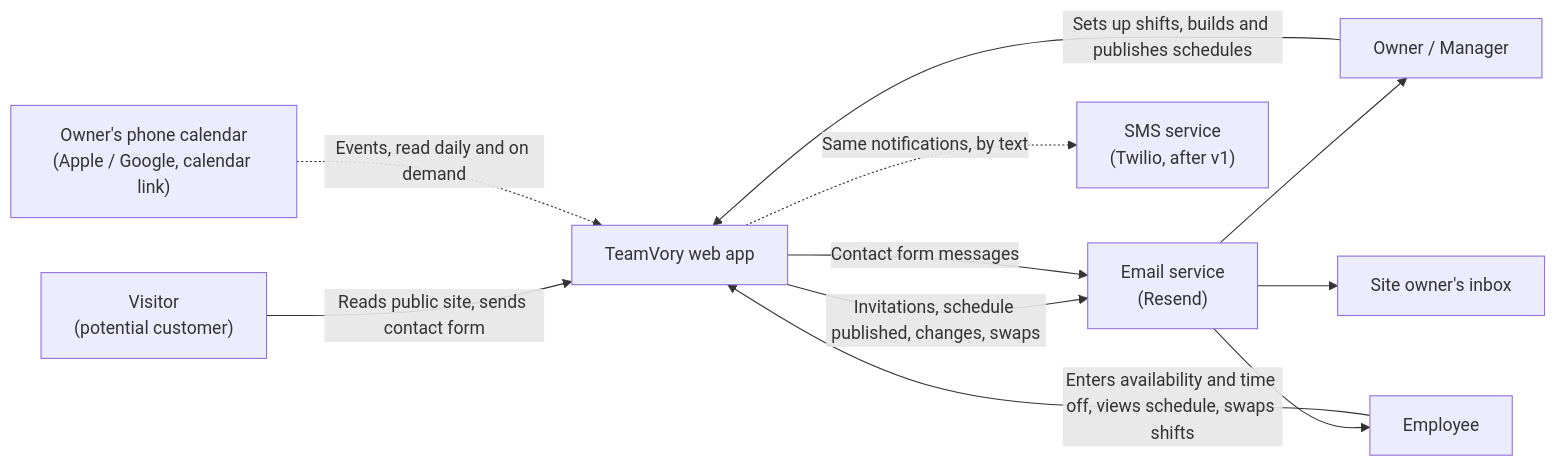
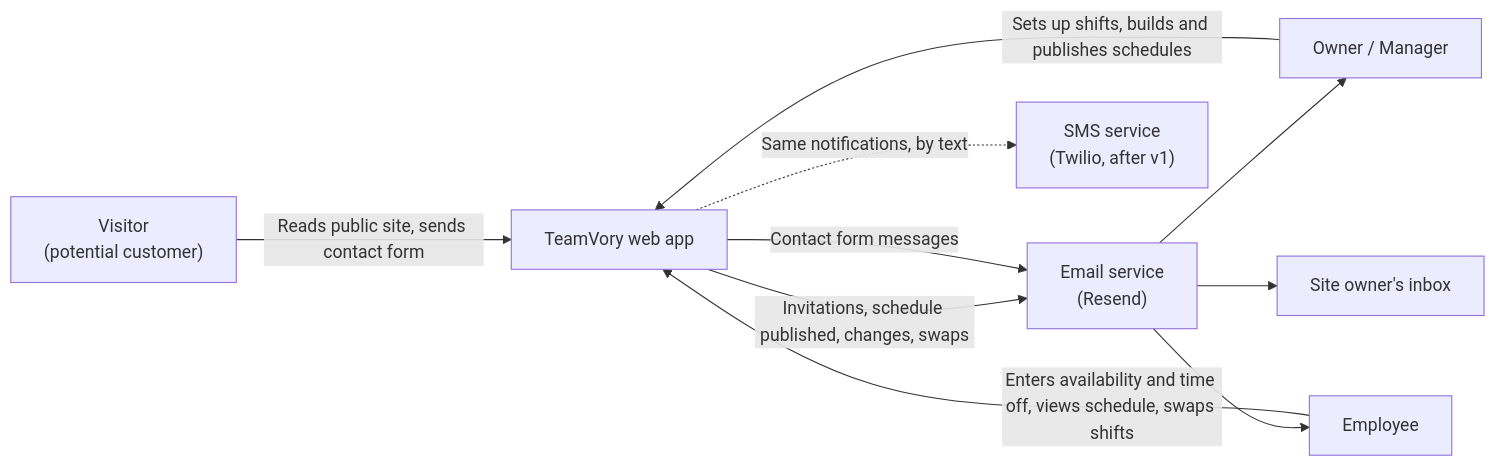
The first of 4 diagrams in docs/architecture.md (DebbieP20/teamvory), drawn with Mermaid before and after one commit. The commit also changed other lines of this file and 6 other files, not shown here.

````diff
--- a/docs/architecture.md
+++ b/docs/architecture.md
@@ -9,22 +9,20 @@
 ```mermaid
 flowchart LR
     V["Visitor<br/>(potential customer)"]
     O["Owner / Manager"]
     E["Employee"]
     TV["TeamVory web app"]
     EM["Email service<br/>(Resend)"]
     SMS["SMS service<br/>(Twilio, after v1)"]
     INBOX["Site owner's inbox"]
-    CAL["Owner's phone calendar<br/>(Apple / Google, calendar link)"]
 
     V -->|Reads public site, sends contact form| TV
     O -->|Sets up shifts, builds and publishes schedules| TV
     E -->|Enters availability and time off, views schedule, swaps shifts| TV
     TV -->|Invitations, schedule published, changes, swaps| EM
     TV -.->|Same notifications, by text| SMS
     EM --> O
     EM --> E
     TV -->|Contact form messages| EM
     EM --> INBOX
-    CAL -.->|Events, read daily and on demand| TV
 ```
````
